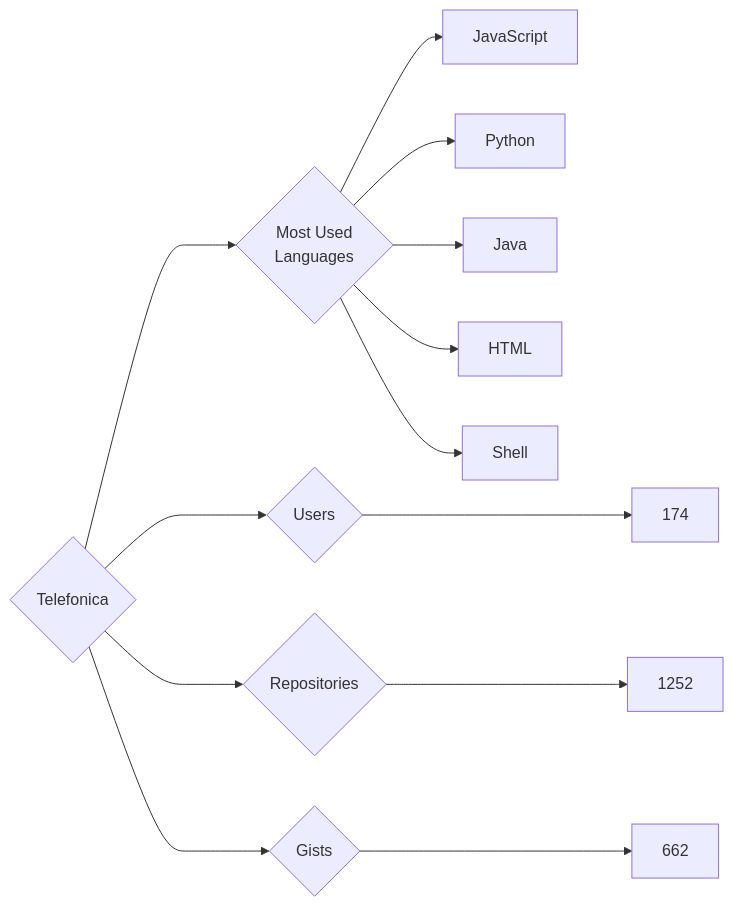
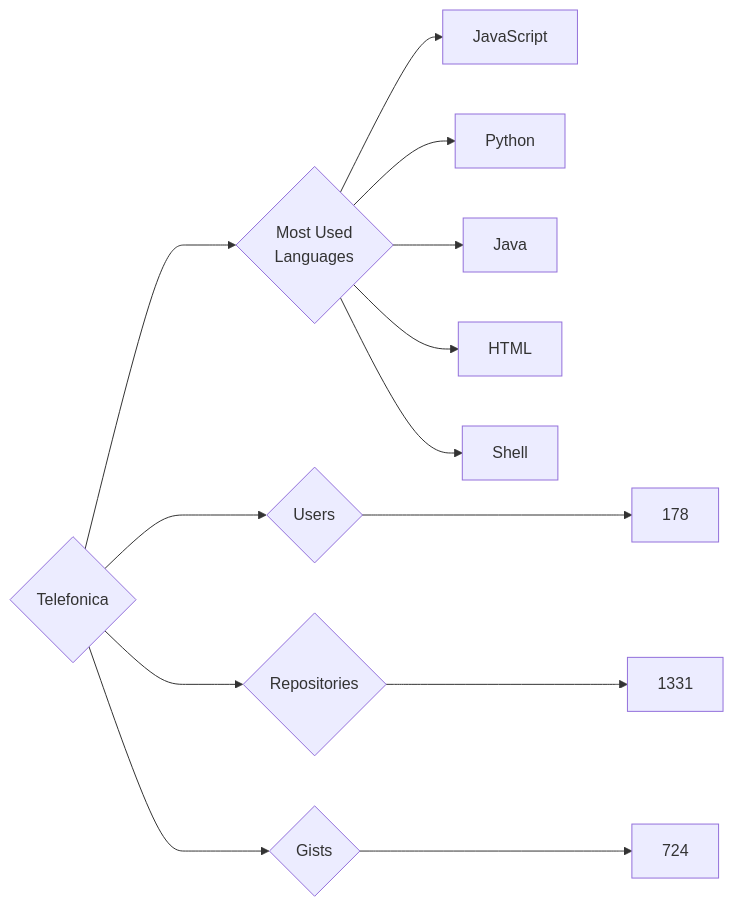
Before and after one commit to trickest/insiders: the diagram in targets/Telefonica/README.md, drawn with Mermaid. The commit also changed 903 other files, not shown here.

````diff
--- a/targets/Telefonica/README.md
+++ b/targets/Telefonica/README.md
@@ -3,13 +3,13 @@
 ```mermaid
 graph LR
 COMPANY_NAME{Telefonica}
-COMPANY_NAME ---> U{Users} ---> UN[174]
-COMPANY_NAME ---> R{Repositories} ---> RN[1252]
-COMPANY_NAME ---> G{Gists} ---> GN[662]
+COMPANY_NAME ---> U{Users} ---> UN[178]
+COMPANY_NAME ---> R{Repositories} ---> RN[1331]
+COMPANY_NAME ---> G{Gists} ---> GN[724]
 COMPANY_NAME ---> ML{Most Used<br>Languages}
 ML --> JavaScript[JavaScript]
 ML --> Python[Python]
 ML --> Java[Java]
 ML --> HTML[HTML]
 ML --> Shell[Shell]
 ```
````
